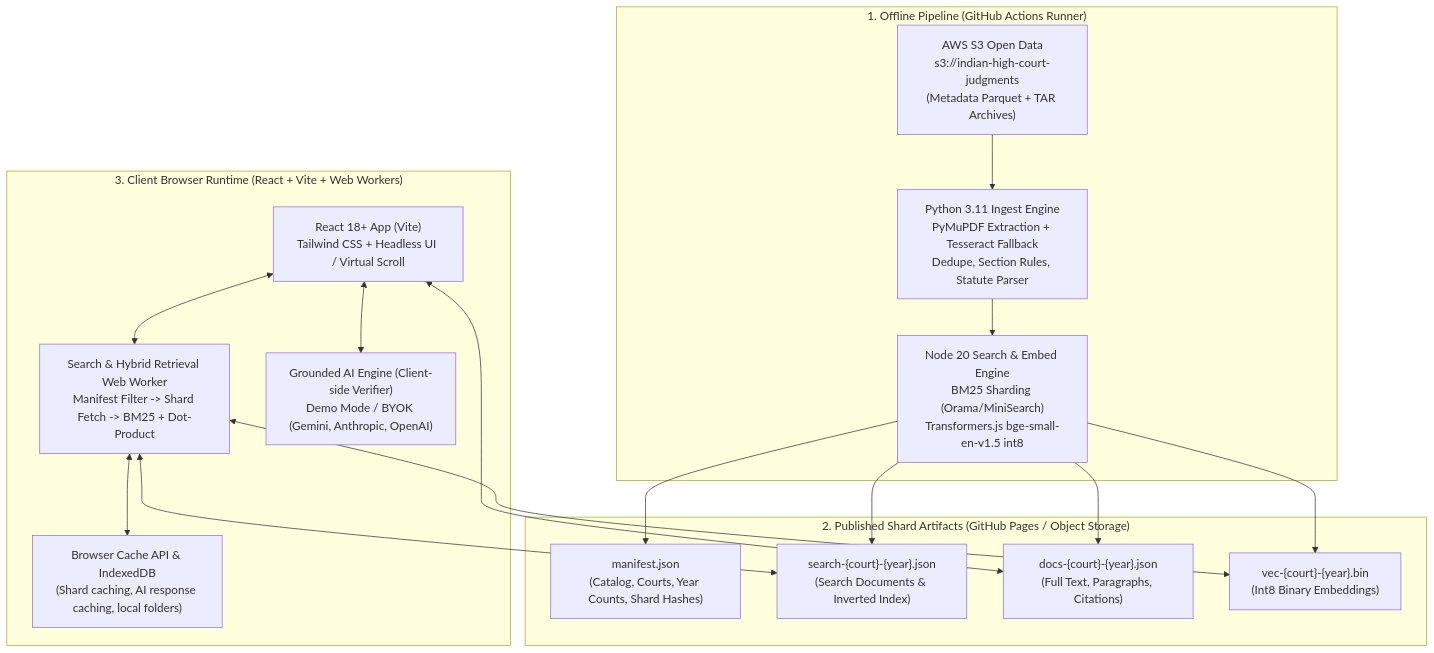
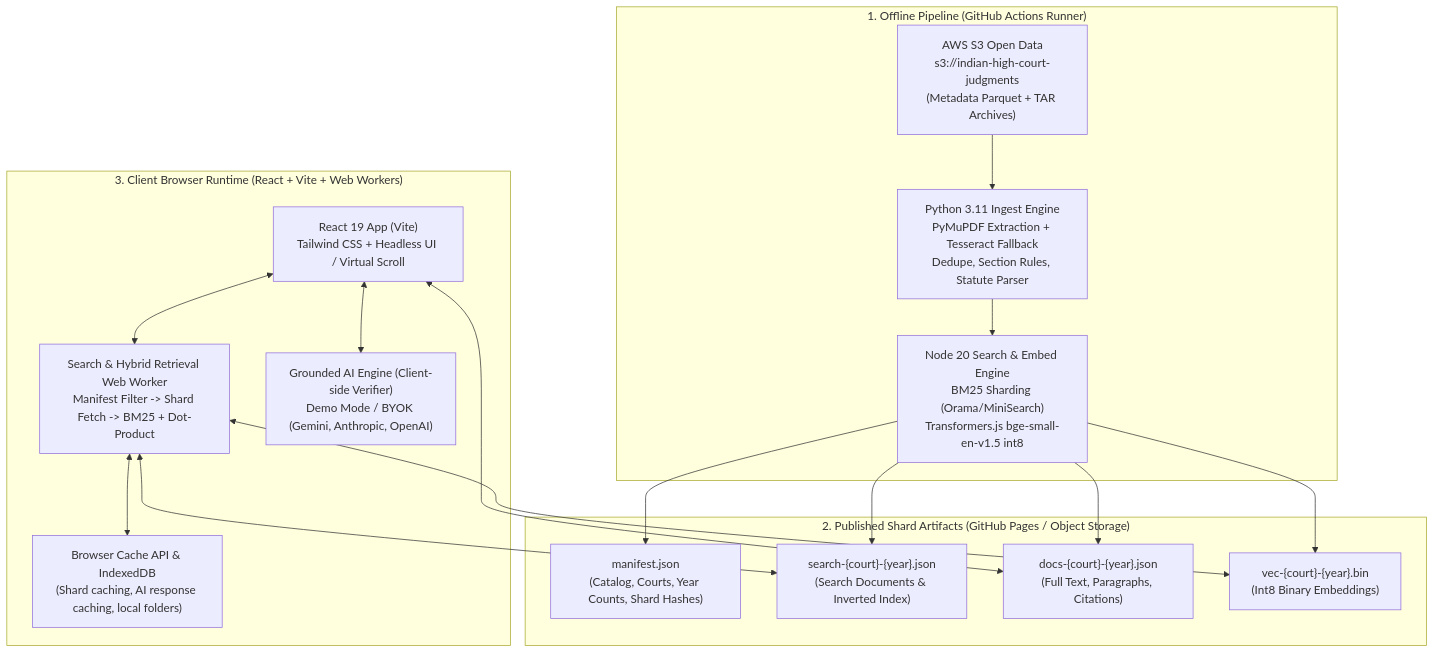
One commit to kiru6006/highcourt-judgment-agent changed the diagram in docs/ARCHITECTURE.md. Above: the diagram before and after it, drawn with Mermaid. The commit also changed 11 other files, not shown here.

````diff
--- a/docs/ARCHITECTURE.md
+++ b/docs/ARCHITECTURE.md
@@ -7,35 +7,35 @@
 ```mermaid
 flowchart TD
     subgraph Layer1["1. Offline Pipeline (GitHub Actions Runner)"]
         S3["AWS S3 Open Data<br/>s3://indian-high-court-judgments<br/>(Metadata Parquet + TAR Archives)"]
         Ingest["Python 3.11 Ingest Engine<br/>PyMuPDF Extraction + Tesseract Fallback<br/>Dedupe, Section Rules, Statute Parser"]
         Index["Node 20 Search & Embed Engine<br/>BM25 Sharding (Orama/MiniSearch)<br/>Transformers.js bge-small-en-v1.5 int8"]
         S3 --> Ingest
         Ingest --> Index
     end
 
     subgraph Layer2["2. Published Shard Artifacts (GitHub Pages / Object Storage)"]
         Manifest["manifest.json<br/>(Catalog, Courts, Year Counts, Shard Hashes)"]
         SearchShards["search-{court}-{year}.json<br/>(Search Documents & Inverted Index)"]
         DocShards["docs-{court}-{year}.json<br/>(Full Text, Paragraphs, Citations)"]
         VecShards["vec-{court}-{year}.bin<br/>(Int8 Binary Embeddings)"]
         Index --> Manifest
         Index --> SearchShards
         Index --> DocShards
         Index --> VecShards
     end
 
     subgraph Layer3["3. Client Browser Runtime (React + Vite + Web Workers)"]
-        App["React 18+ App (Vite)<br/>Tailwind CSS + Headless UI / Virtual Scroll"]
+        App["React 19 App (Vite)<br/>Tailwind CSS + Headless UI / Virtual Scroll"]
         Worker["Search & Hybrid Retrieval Web Worker<br/>Manifest Filter -> Shard Fetch -> BM25 + Dot-Product"]
         Cache["Browser Cache API & IndexedDB<br/>(Shard caching, AI response caching, local folders)"]
         AI["Grounded AI Engine (Client-side Verifier)<br/>Demo Mode / BYOK (Gemini, Anthropic, OpenAI)"]
         
         App <--> Worker
         Worker <--> Cache
         Worker <--> SearchShards
         Worker <--> VecShards
         App <--> DocShards
         App <--> AI
     end
 ```
````
